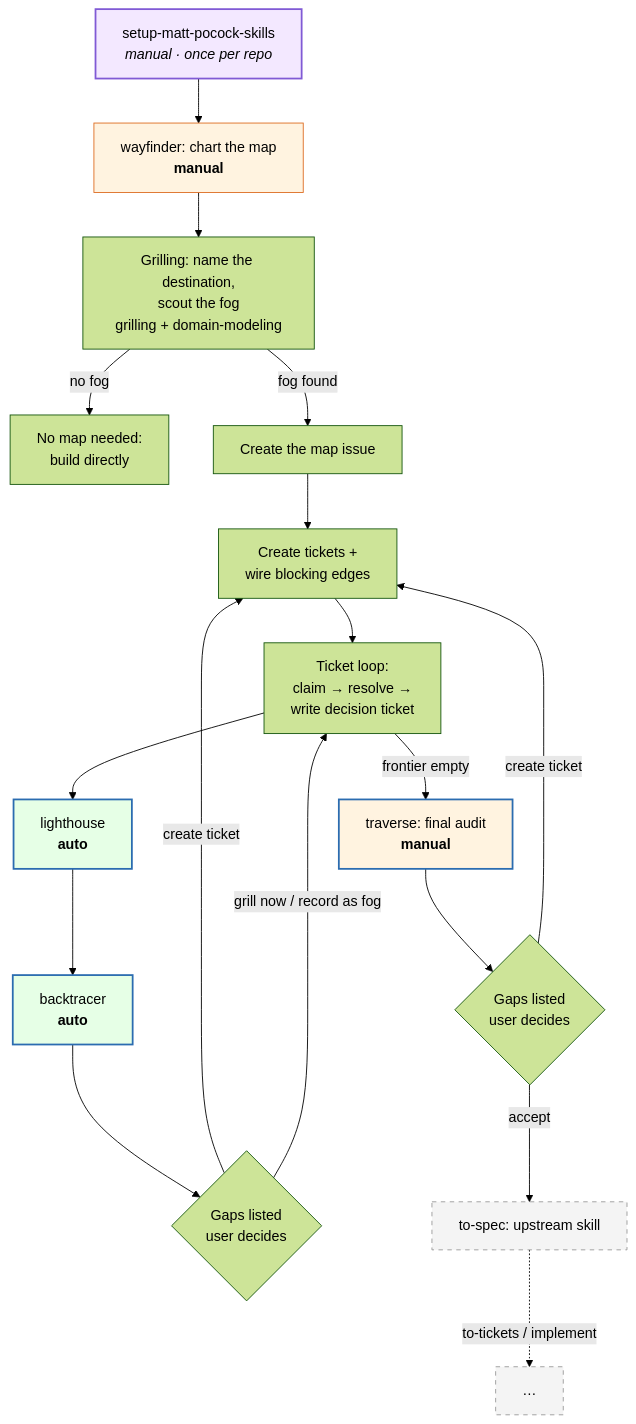
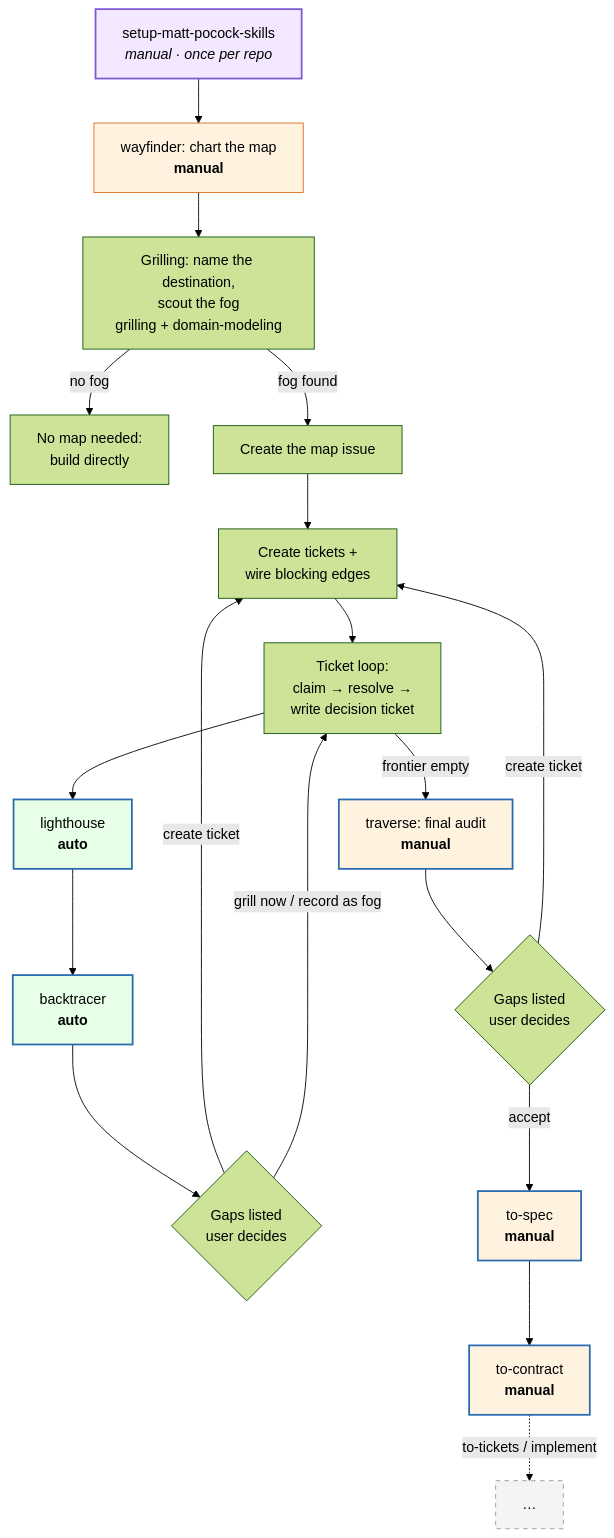
The first of 2 diagrams in README.md (hugosol/oh-my-wayfinder), drawn with Mermaid (forest theme) before and after one commit. The commit also changed other lines of this file and 9 other files, not shown here.

````diff
--- a/README.md
+++ b/README.md
@@ -57,27 +59,29 @@
 ```mermaid
 flowchart TD
     S["setup-matt-pocock-skills<br/><i>manual · once per repo</i>"] --> W["wayfinder: chart the map<br/><b>manual</b>"]
     W --> G["Grilling: name the destination,<br/>scout the fog<br/>grilling + domain-modeling"]
     G -->|"no fog"| N["No map needed:<br/>build directly"]
     G -->|"fog found"| M["Create the map issue"]
     M --> T["Create tickets +<br/>wire blocking edges"]
     T --> L["Ticket loop:<br/>claim → resolve →<br/>write decision ticket"]
     L --> LH["lighthouse<br/><b>auto</b>"]
     LH --> BT["backtracer<br/><b>auto</b>"]
     BT --> CG{"Gaps listed<br/>user decides"}
     CG -->|"create ticket"| T
     CG -->|"grill now / record as fog"| L
     L -->|"frontier empty"| TR["traverse: final audit<br/><b>manual</b>"]
     TR --> CG2{"Gaps listed<br/>user decides"}
     CG2 -->|"create ticket"| T
-    CG2 -->|"accept"| TS["to-spec: upstream skill"]
-    TS -.->|"to-tickets / implement"| X["…"]
+    CG2 -->|"accept"| TS["to-spec<br/><b>manual</b>"]
+    TS --> TC["to-contract<br/><b>manual</b>"]
+    TC -.->|"to-tickets / implement"| X["…"]
 
     style LH fill:#e6ffe6,stroke:#2b6cb0,stroke-width:2px
     style BT fill:#e6ffe6,stroke:#2b6cb0,stroke-width:2px
     style TR fill:#fff3e0,stroke:#2b6cb0,stroke-width:2px
     style W fill:#fff3e0,stroke:#dd6b20
     style S fill:#f3e8ff,stroke:#805ad5,stroke-width:2px
-    style TS fill:#f4f4f4,stroke:#999,stroke-dasharray:5 5
+    style TS fill:#fff3e0,stroke:#2b6cb0,stroke-width:2px
+    style TC fill:#fff3e0,stroke:#2b6cb0,stroke-width:2px
     style X fill:#f4f4f4,stroke:#999,stroke-dasharray:5 5
 ```
````
